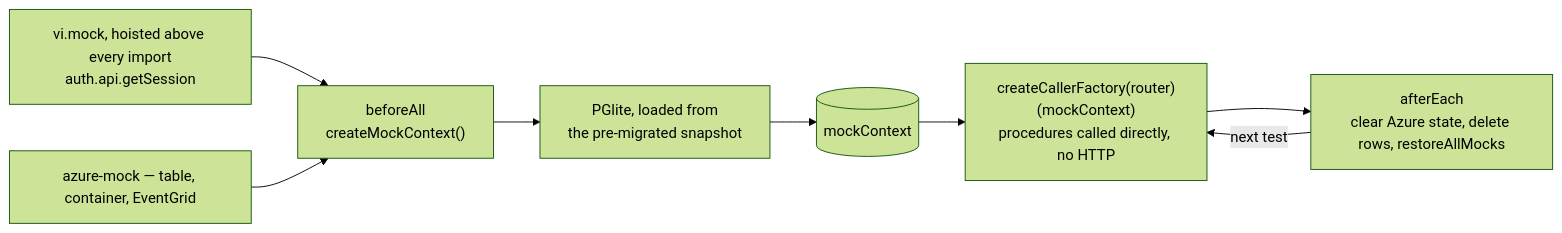
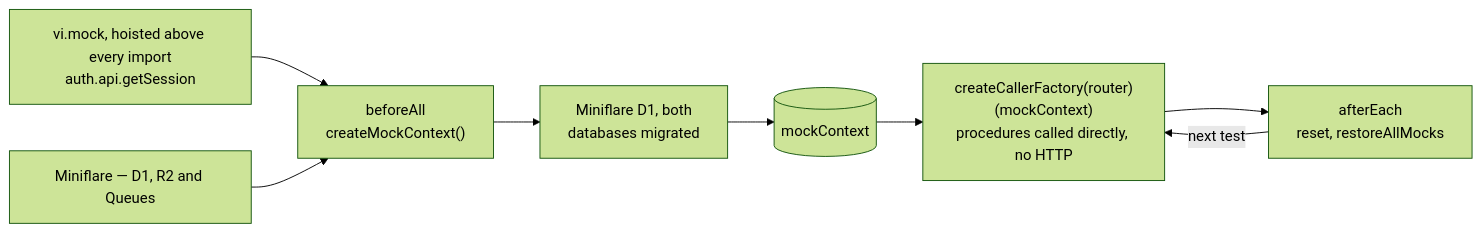
The diagram in openspec/specs/architecture/server-testing/design.md (Esposter/Esposter), drawn with Mermaid (forest theme) before and after one commit. The commit also changed other lines of this file and 24 other files, not shown here.

First line of the commit message:
feat(db-mock): the test database runs on Miniflare's D1, R2 and Queues

````diff
--- a/openspec/specs/architecture/server-testing/design.md
+++ b/openspec/specs/architecture/server-testing/design.md
@@ -7,10 +7,10 @@
 ```mermaid
 flowchart LR
   MOCK["vi.mock, hoisted above every import<br/>auth.api.getSession"] --> BA
-  AZ["azure-mock — table, container, EventGrid"] --> BA
-  BA["beforeAll<br/>createMockContext()"] --> DB["PGlite, loaded from<br/>the pre-migrated snapshot"]
+  MF["Miniflare — D1, R2 and Queues"] --> BA
+  BA["beforeAll<br/>createMockContext()"] --> DB["Miniflare D1, both<br/>databases migrated"]
   DB --> CTX[("mockContext")]
   CTX --> CALLER["createCallerFactory(router)(mockContext)<br/>procedures called directly, no HTTP"]
-  CALLER --> AE["afterEach<br/>clear Azure state, delete rows, restoreAllMocks"]
+  CALLER --> AE["afterEach<br/>reset, restoreAllMocks"]
   AE -->|"next test"| CALLER
 ```
````
